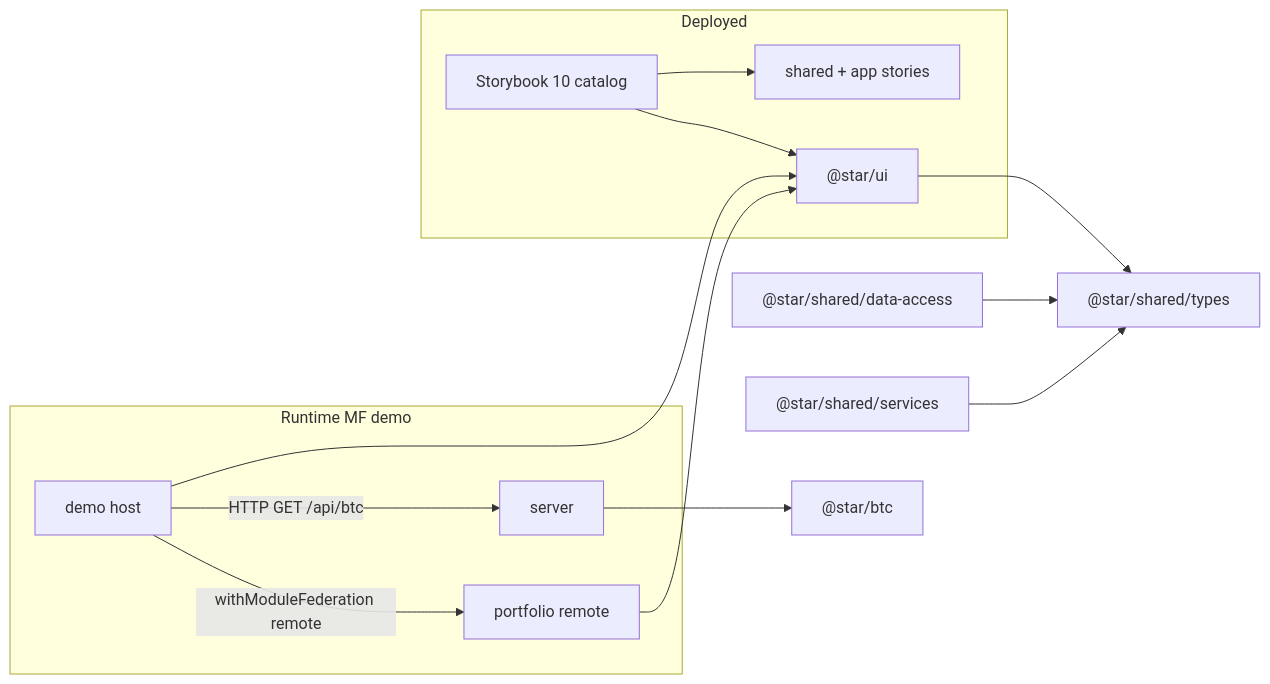
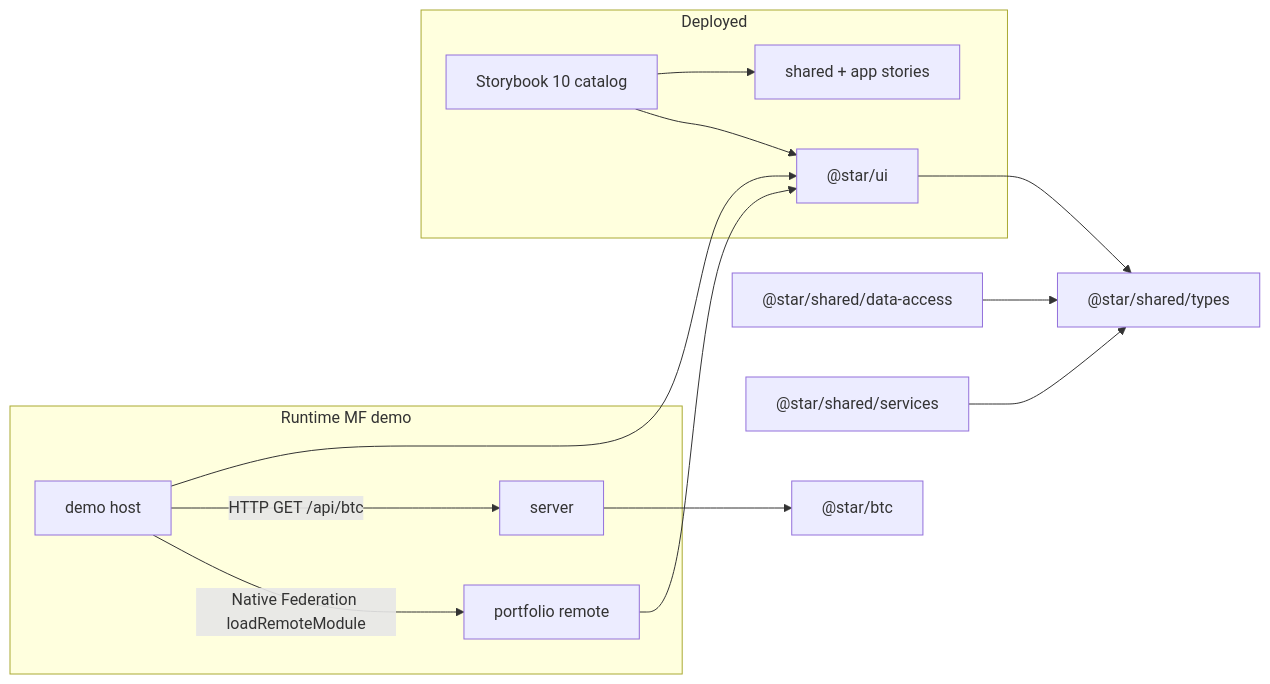
The diagram in docs/architecture/overview.md (code-star/nx-reference), drawn with Mermaid before and after one commit. The commit also changed other lines of this file and 4 other files, not shown here.

````diff
--- a/docs/architecture/overview.md
+++ b/docs/architecture/overview.md
@@ -37,17 +37,17 @@
 ```mermaid
 flowchart LR
     subgraph Runtime MF demo
-      Demo[demo host] -- withModuleFederation remote --> Portfolio[portfolio remote]
+      Demo[demo host] -- Native Federation loadRemoteModule --> Portfolio[portfolio remote]
       Demo -- HTTP GET /api/btc --> Server[server]
     end
     Demo --> UI["@star/ui"]
     Portfolio --> UI
     UI --> Types["@star/shared/types"]
     DataAccess["@star/shared/data-access"] --> Types
     Services["@star/shared/services"] --> Types
     Server --> Btc["@star/btc"]
     subgraph Deployed
       SB[Storybook 10 catalog] --> UI
       SB --> Stories[shared + app stories]
     end
 ```
````
